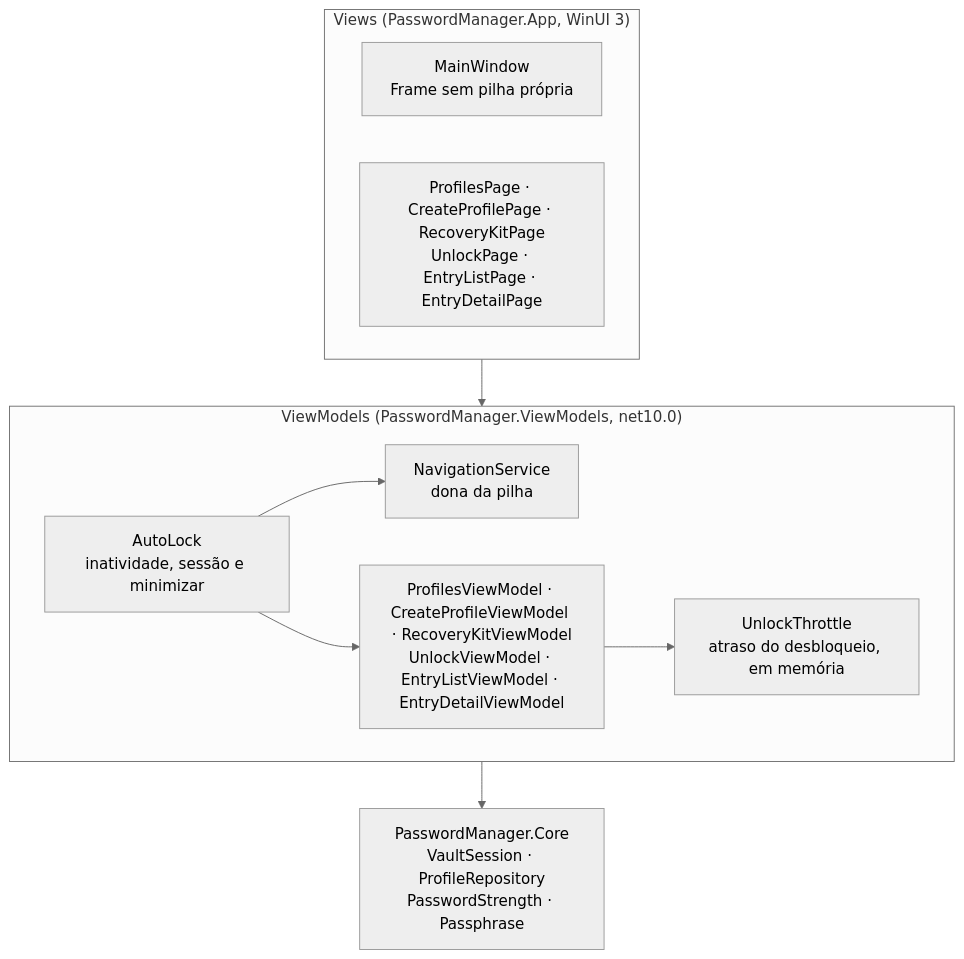
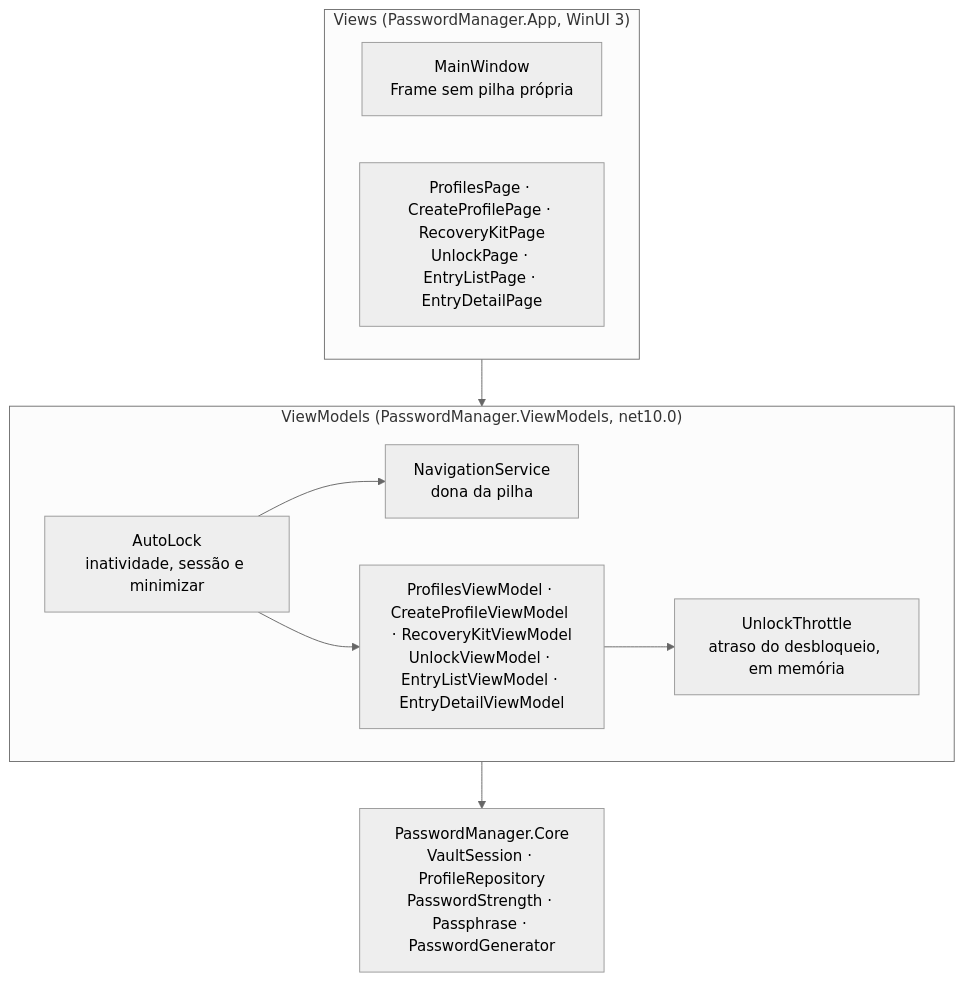
One commit to lucas-llb/passwordManagement changed the sixth of 7 diagrams in docs/architecture.md. Above: the diagram before and after it, drawn with Mermaid (neutral theme). The commit also changed other lines of this file and 11 other files, not shown here.

First line of the commit message:
Add password generator to the entry editor (W-21)

````diff
--- a/docs/architecture.md
+++ b/docs/architecture.md
@@ -359,18 +360,18 @@
 ```mermaid
 flowchart TB
     subgraph Views["Views (PasswordManager.App, WinUI 3)"]
         MW["MainWindow<br/>Frame sem pilha própria"]
         PG["ProfilesPage · CreateProfilePage · RecoveryKitPage<br/>UnlockPage · EntryListPage · EntryDetailPage"]
     end
     subgraph VMs["ViewModels (PasswordManager.ViewModels, net10.0)"]
         NS["NavigationService<br/>dona da pilha"]
         VM["ProfilesViewModel · CreateProfileViewModel · RecoveryKitViewModel<br/>UnlockViewModel · EntryListViewModel · EntryDetailViewModel"]
         UT["UnlockThrottle<br/>atraso do desbloqueio, em memória"]
         VM --> UT
         AL["AutoLock<br/>inatividade, sessão e minimizar"]
         AL --> NS
         AL --> VM
     end
-    CORE["PasswordManager.Core<br/>VaultSession · ProfileRepository<br/>PasswordStrength · Passphrase"]
+    CORE["PasswordManager.Core<br/>VaultSession · ProfileRepository<br/>PasswordStrength · Passphrase · PasswordGenerator"]
     Views --> VMs --> CORE
 ```
````
